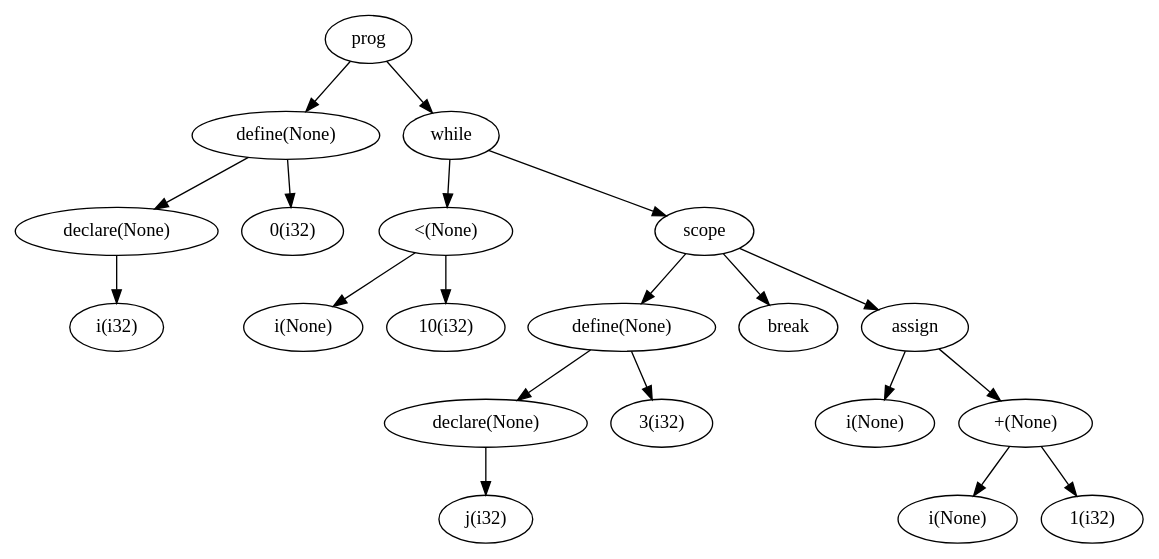
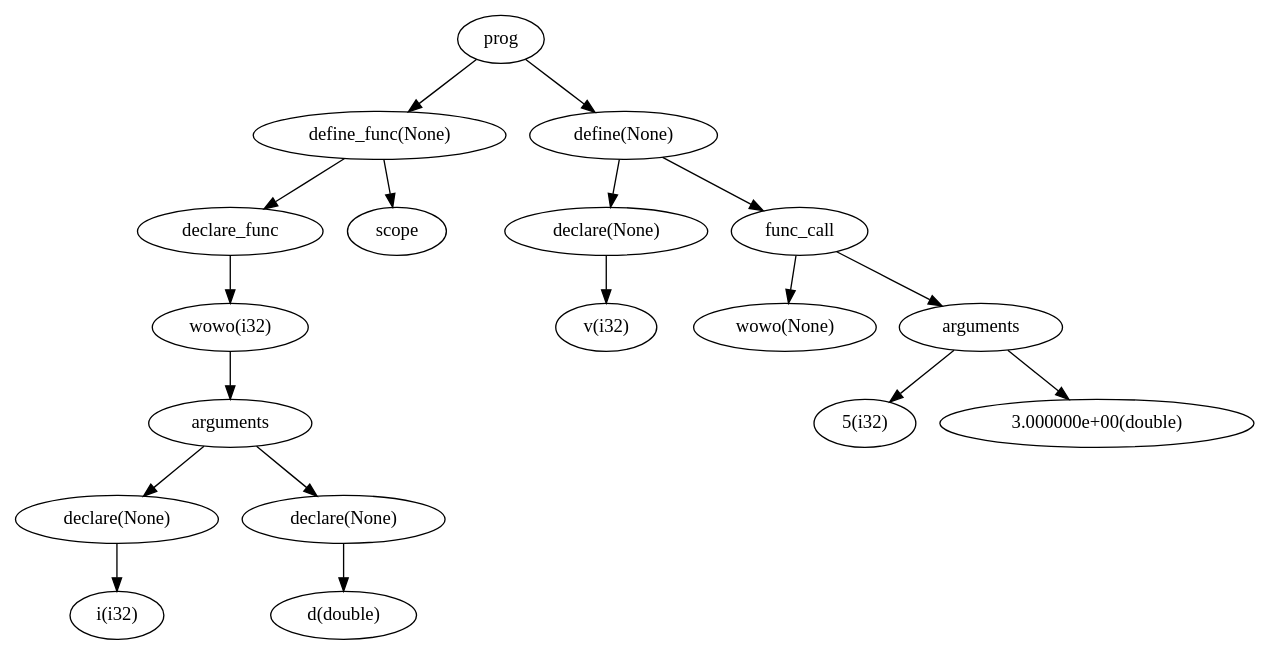
One commit to sampieters/compiler changed the diagram in AST.dot. Above: the diagram before and after it, drawn with Graphviz. The commit also changed 9 other files, not shown here.

```diff
--- a/AST.dot
+++ b/AST.dot
@@ -1,41 +1,37 @@
 digraph AST {
-	node1[label="prog"]
-	node3[label="define(None)"]
-	node1->node3
-	node4[label="declare(None)"]
+	node0[label="prog"]
+	node1[label="define_func(None)"]
+	node0->node1
+	node2[label="declare_func"]
+	node1->node2
+	node3[label="wowo(i32)"]
+	node2->node3
+	node4[label="arguments"]
 	node3->node4
-	node5[label="i(i32)"]
+	node5[label="declare(None)"]
 	node4->node5
-	node6[label="0(i32)"]
-	node3->node6
-	node2[label="while"]
-	node1->node2
-	node7[label="<(None)"]
-	node2->node7
-	node8[label="i(None)"]
+	node6[label="i(i32)"]
+	node5->node6
+	node7[label="declare(None)"]
+	node4->node7
+	node8[label="d(double)"]
 	node7->node8
-	node9[label="10(i32)"]
-	node7->node9
-	node15[label="scope"]
-	node2->node15
-	node16[label="define(None)"]
+	node9[label="scope"]
+	node1->node9
+	node10[label="define(None)"]
+	node0->node10
+	node11[label="declare(None)"]
+	node10->node11
+	node12[label="v(i32)"]
+	node11->node12
+	node13[label="func_call"]
+	node10->node13
+	node14[label="wowo(None)"]
+	node13->node14
+	node15[label="arguments"]
+	node13->node15
+	node16[label="5(i32)"]
 	node15->node16
-	node17[label="declare(None)"]
-	node16->node17
-	node18[label="j(i32)"]
-	node17->node18
-	node19[label="3(i32)"]
-	node16->node19
-	node20[label="break"]
-	node15->node20
-	node10[label="assign"]
-	node15->node10
-	node11[label="i(None)"]
-	node10->node11
-	node12[label="+(None)"]
-	node10->node12
-	node13[label="i(None)"]
-	node12->node13
-	node14[label="1(i32)"]
-	node12->node14
+	node17[label="3.000000e+00(double)"]
+	node15->node17
 }
```
